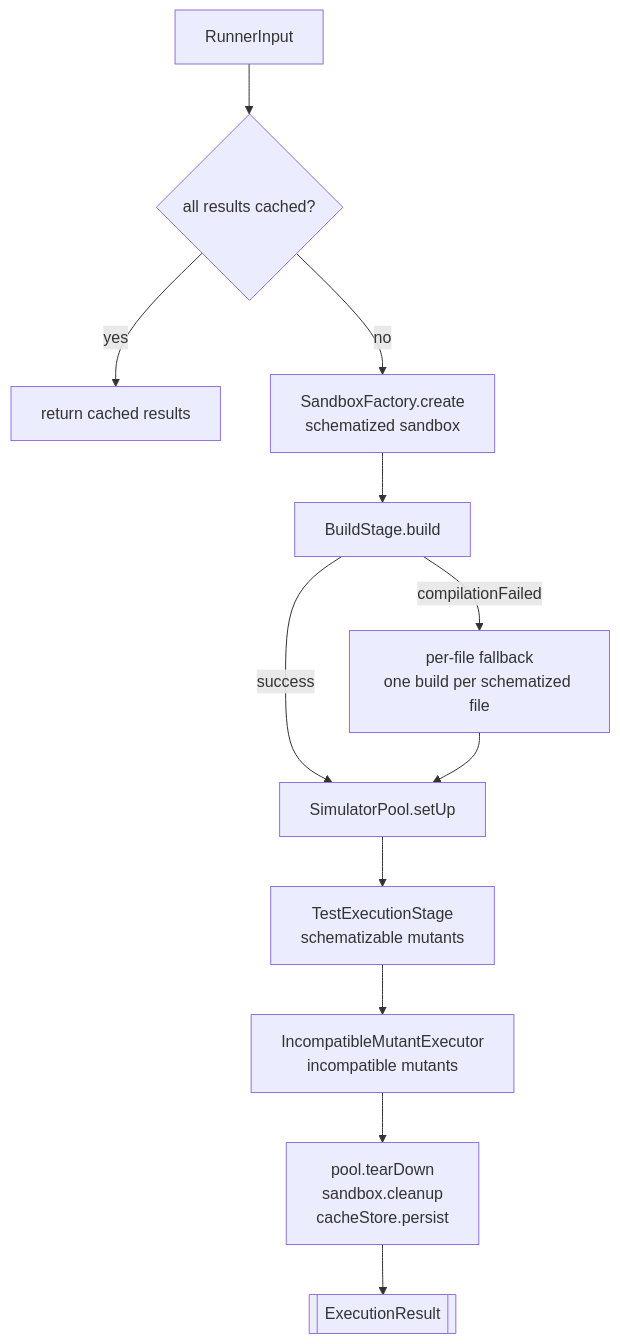
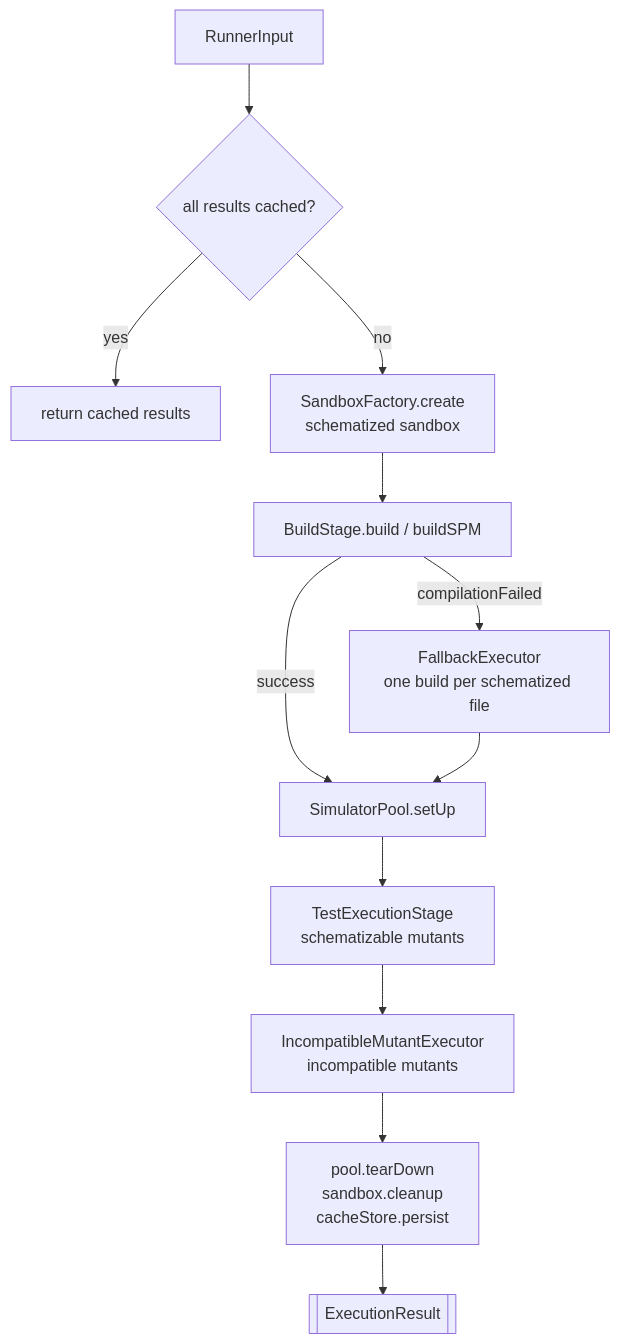
The first of 4 diagrams in Docs/CodeBase/07-execution.md (ericodx/swift-mutation-testing), drawn with Mermaid before and after one commit. The commit also changed other lines of this file and 8 other files, not shown here.

````diff
--- a/Docs/CodeBase/07-execution.md
+++ b/Docs/CodeBase/07-execution.md
@@ -18,14 +18,14 @@
 ```mermaid
 flowchart TD
     IN[RunnerInput] --> CACHE{all results cached?}
     CACHE -- yes --> RETURN[return cached results]
     CACHE -- no --> SANDBOX[SandboxFactory.create\nschematized sandbox]
-    SANDBOX --> BUILD[BuildStage.build]
-    BUILD -- compilationFailed --> FALLBACK[per-file fallback\none build per schematized file]
+    SANDBOX --> BUILD[BuildStage.build / buildSPM]
+    BUILD -- compilationFailed --> FALLBACK[FallbackExecutor\none build per schematized file]
     BUILD -- success --> POOL[SimulatorPool.setUp]
     FALLBACK --> POOL
     POOL --> NORMAL[TestExecutionStage\nschematizable mutants]
     NORMAL --> INCOMPAT[IncompatibleMutantExecutor\nincompatible mutants]
     INCOMPAT --> TEARDOWN[pool.tearDown\nsandbox.cleanup\ncacheStore.persist]
     TEARDOWN --> RESULTS[[ExecutionResult]]
 ```
````
